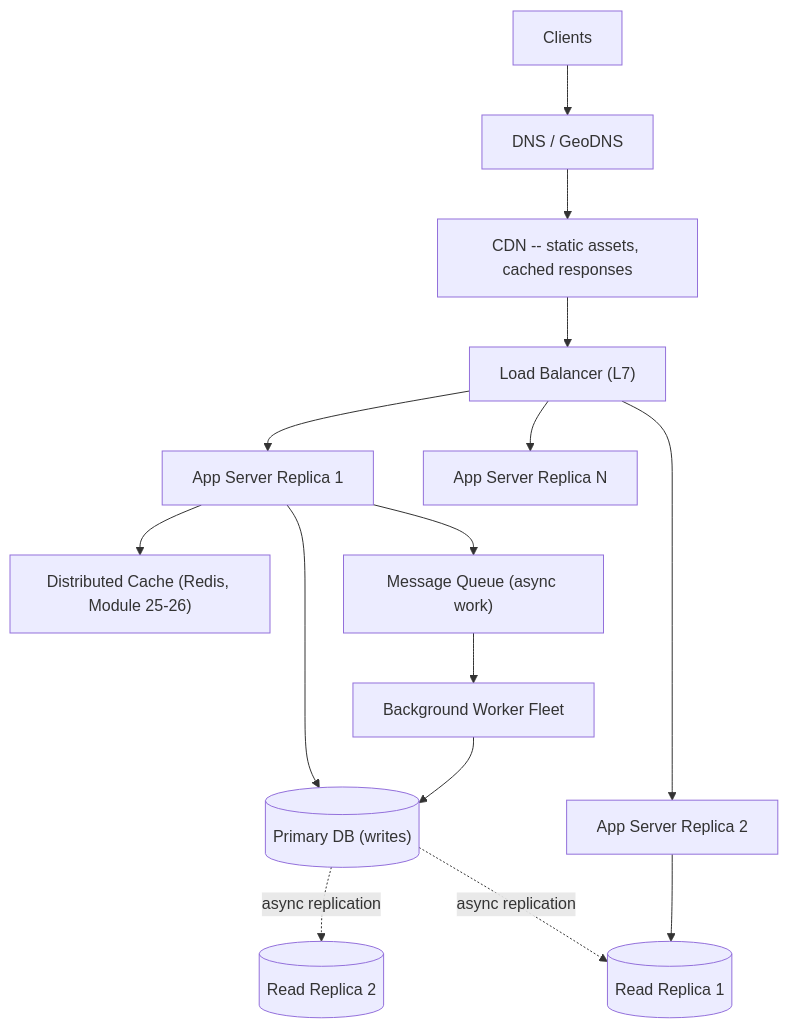
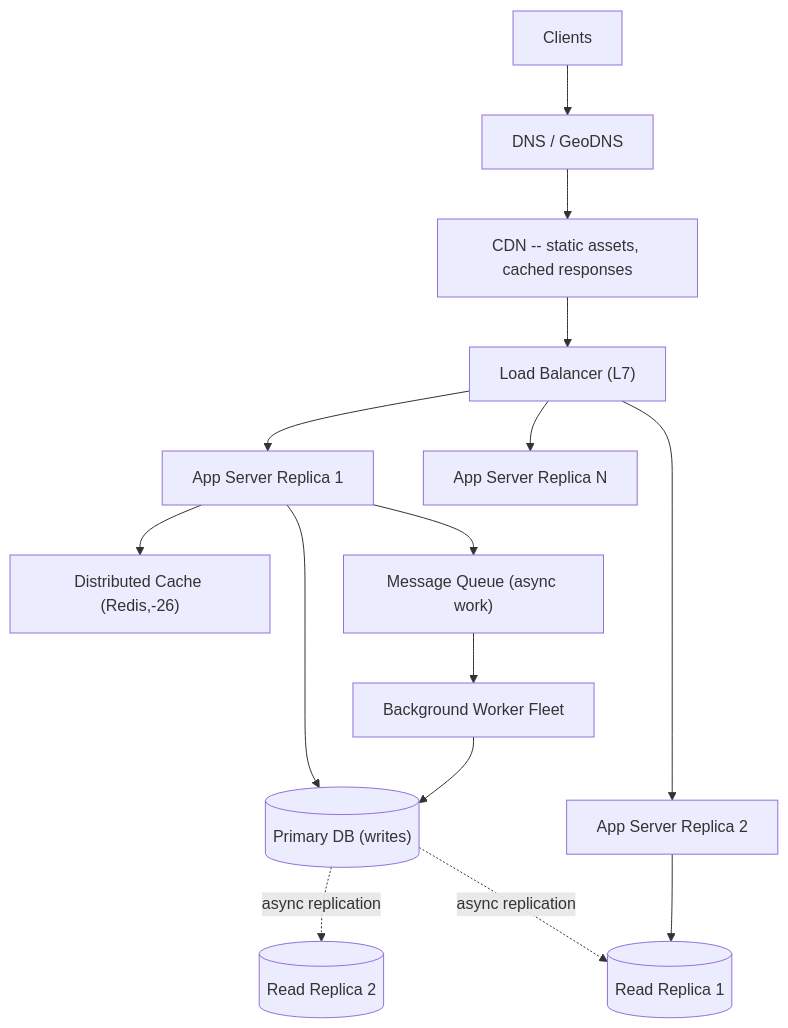
One commit to umashankarp/InterviewQuestions changed the diagram in 14-System-Design/01-System-Design-Fundamentals.md. Above: the diagram before and after it, drawn with Mermaid. The commit also changed other lines of this file and 173 other files, not shown here.

````diff
--- a/14-System-Design/01-System-Design-Fundamentals.md
+++ b/14-System-Design/01-System-Design-Fundamentals.md
@@ -50,17 +50,17 @@
 ```mermaid
 graph TB
-    Client[Clients] --> DNS[DNS / GeoDNS]
-    DNS --> CDN[CDN -- static assets, cached responses]
-    CDN --> LB["Load Balancer (L7)"]
-    LB --> App1[App Server Replica 1]
-    LB --> App2[App Server Replica 2]
-    LB --> App3[App Server Replica N]
-    App1 --> Cache["Distributed Cache (Redis, Module 25-26)"]
-    App1 --> Queue["Message Queue (async work)"]
-    App1 --> Primary[("Primary DB (writes)")]
-    Primary -.->|async replication| Replica1[("Read Replica 1")]
-    Primary -.->|async replication| Replica2[("Read Replica 2")]
-    App2 --> Replica1
-    Queue --> Worker[Background Worker Fleet]
-    Worker --> Primary
+ Client[Clients] --> DNS[DNS / GeoDNS]
+ DNS --> CDN[CDN -- static assets, cached responses]
+ CDN --> LB["Load Balancer (L7)"]
+ LB --> App1[App Server Replica 1]
+ LB --> App2[App Server Replica 2]
+ LB --> App3[App Server Replica N]
+ App1 --> Cache["Distributed Cache (Redis,-26)"]
+ App1 --> Queue["Message Queue (async work)"]
+ App1 --> Primary[("Primary DB (writes)")]
+ Primary -.->|async replication| Replica1[("Read Replica 1")]
+ Primary -.->|async replication| Replica2[("Read Replica 2")]
+ App2 --> Replica1
+ Queue --> Worker[Background Worker Fleet]
+ Worker --> Primary
 ```
````
